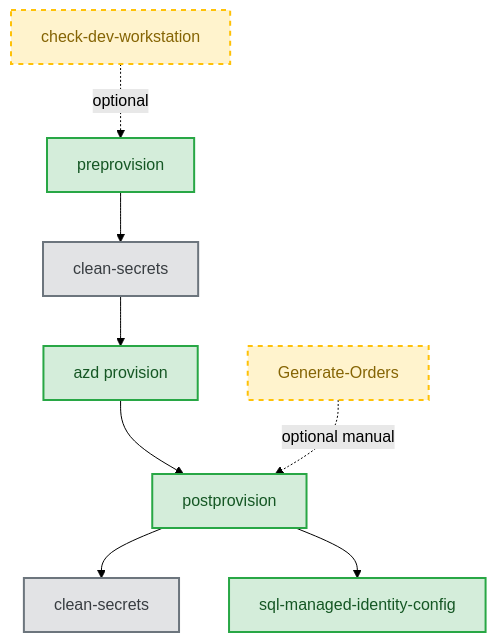
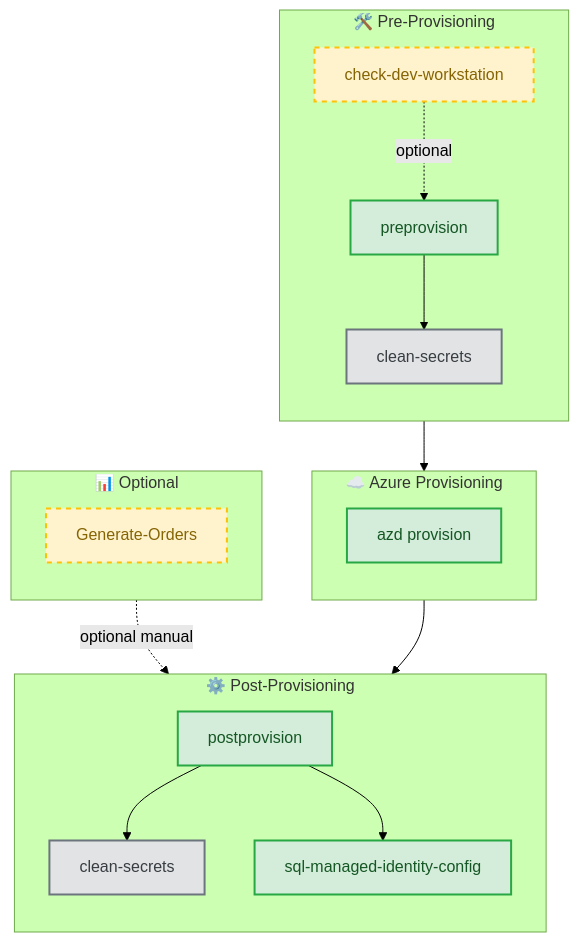
The first of 7 diagrams in docs/hooks/VALIDATION-WORKFLOW.md (Evilazaro/Azure-LogicApps-Monitoring), drawn with Mermaid (forest theme) before and after one commit. The commit also changed other lines of this file and 4 other files, not shown here.

Commit message:
Refactor workflow diagrams in multiple documentation files for improved clarity and structure

````diff
--- a/docs/hooks/VALIDATION-WORKFLOW.md
+++ b/docs/hooks/VALIDATION-WORKFLOW.md
@@ -29,27 +29,42 @@
 ```mermaid
 flowchart TD
-    CheckDev[check-dev-workstation]
-    PreProv[preprovision]
-    CleanSecrets1[clean-secrets]
-    AzdProv[azd provision]
-    PostProv[postprovision]
-    CleanSecrets2[clean-secrets]
-    SqlConfig[sql-managed-identity-config]
-    GenOrders[Generate-Orders]
+    subgraph PreProvGroup["🛠️ Pre-Provisioning"]
+        direction TB
+        CheckDev[check-dev-workstation]
+        PreProv[preprovision]
+        CleanSecrets1[clean-secrets]
+        CheckDev -.optional.-> PreProv
+        PreProv --> CleanSecrets1
+    end
 
-    CheckDev -.optional.-> PreProv
-    PreProv --> CleanSecrets1
+    subgraph ProvGroup["☁️ Azure Provisioning"]
+        direction TB
+        AzdProv[azd provision]
+    end
+
+    subgraph PostProvGroup["⚙️ Post-Provisioning"]
+        direction TB
+        PostProv[postprovision]
+        CleanSecrets2[clean-secrets]
+        SqlConfig[sql-managed-identity-config]
+        PostProv --> CleanSecrets2
+        PostProv --> SqlConfig
+    end
+
+    subgraph OptionalGroup["📊 Optional"]
+        direction TB
+        GenOrders[Generate-Orders]
+    end
+
     CleanSecrets1 --> AzdProv
     AzdProv --> PostProv
-    PostProv --> CleanSecrets2
-    PostProv --> SqlConfig
     GenOrders -.optional manual.-> PostProv
 
     classDef optionalClass fill:#fff3cd,stroke:#ffc107,stroke-width:2px,stroke-dasharray: 5 5,color:#856404
     classDef automaticClass fill:#d4edda,stroke:#28a745,stroke-width:2px,color:#155724
     classDef utilityClass fill:#e2e3e5,stroke:#6c757d,stroke-width:2px,color:#383d41
 
     class CheckDev,GenOrders optionalClass
     class PreProv,AzdProv,PostProv,SqlConfig automaticClass
     class CleanSecrets1,CleanSecrets2 utilityClass
 ```
````
